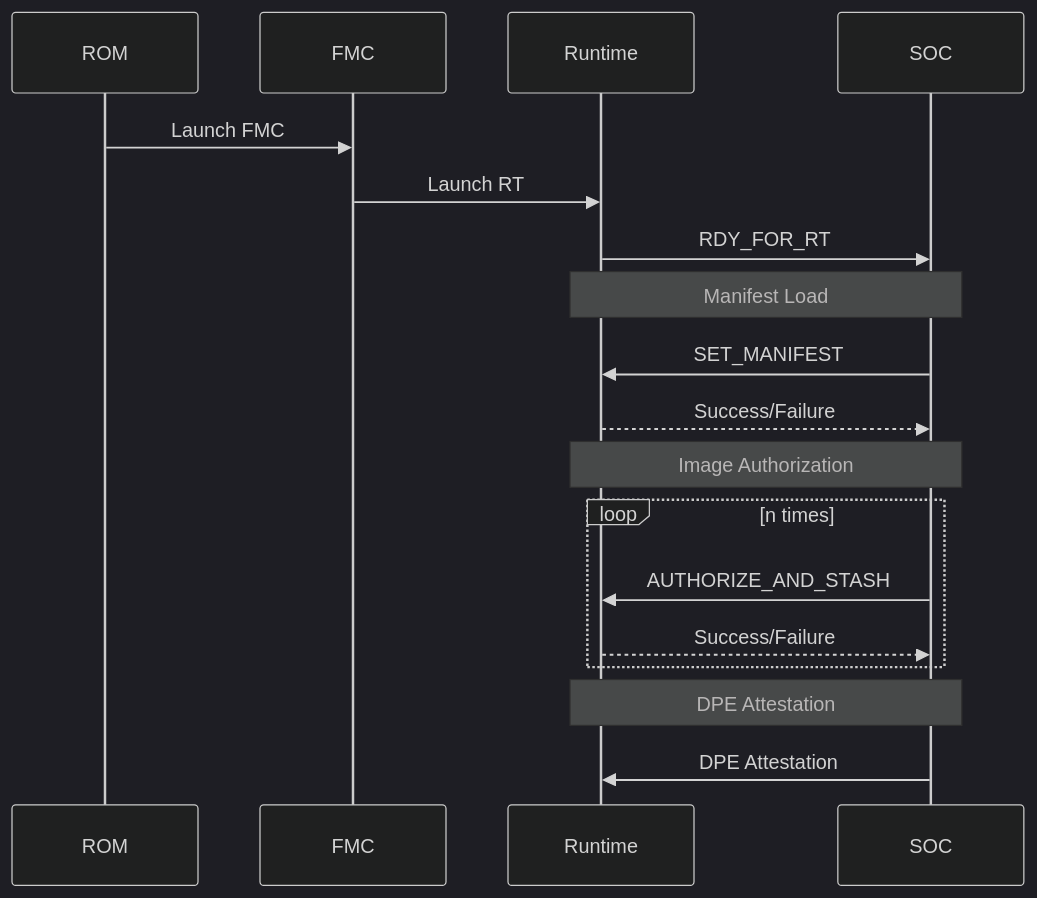
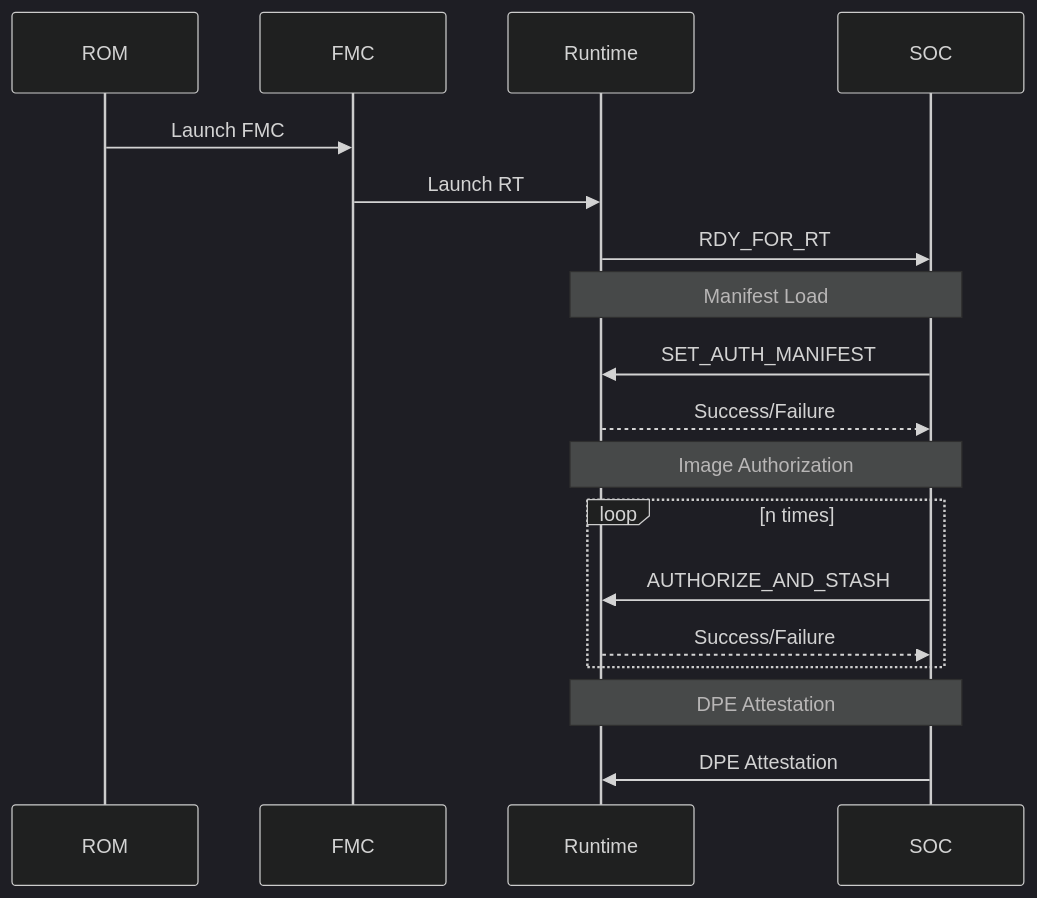
The diagram in runtime/README.md (chipsalliance/caliptra-sw), drawn with Mermaid (dark theme) before and after one commit. The commit also changed other lines of this file and 1 other file, not shown here.

````diff
--- a/runtime/README.md
+++ b/runtime/README.md
@@ -136,17 +136,17 @@
 ```mermaid
 sequenceDiagram
     ROM->>FMC: Launch FMC
     FMC->>Runtime: Launch RT
     Runtime->>SOC: RDY_FOR_RT
     Note over Runtime,SOC: Manifest Load
-    SOC->>Runtime: SET_MANIFEST
+    SOC->>Runtime: SET_AUTH_MANIFEST
     Runtime-->>SOC: Success/Failure
     Note over Runtime,SOC: Image Authorization
     loop n times
         SOC->>Runtime: AUTHORIZE_AND_STASH
         Runtime-->>SOC: Success/Failure
     end
 
     Note over Runtime,SOC: DPE Attestation
     SOC->>Runtime: DPE Attestation
 ```
````
